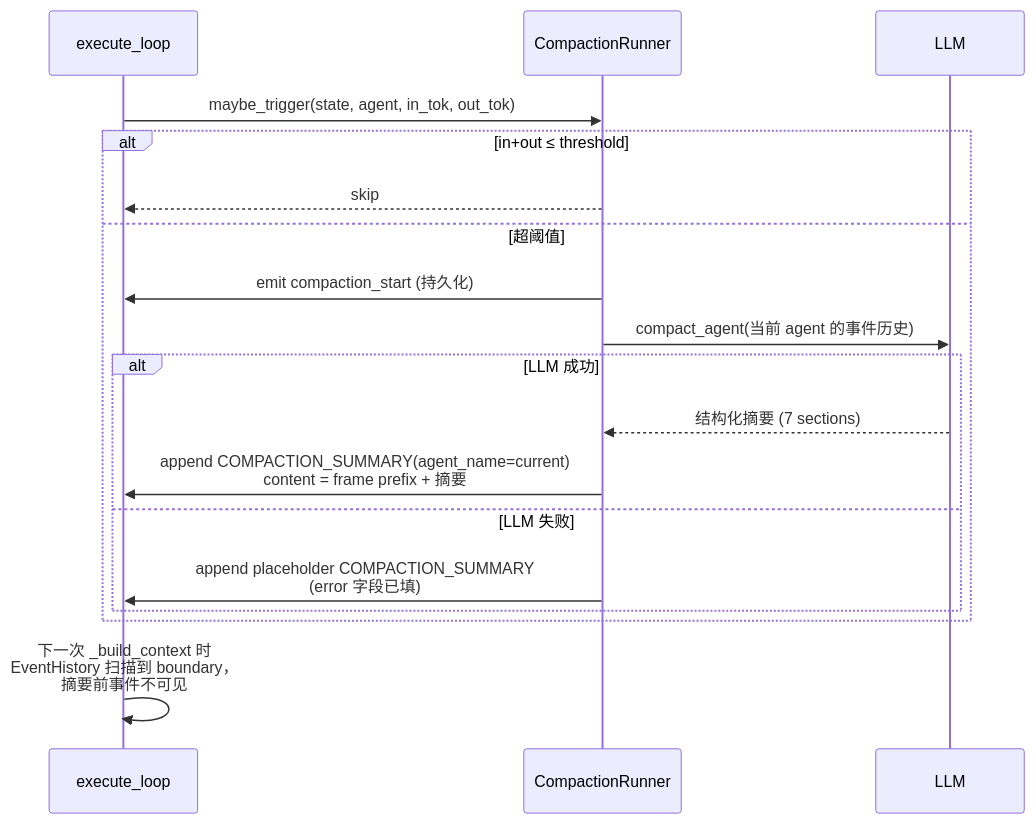
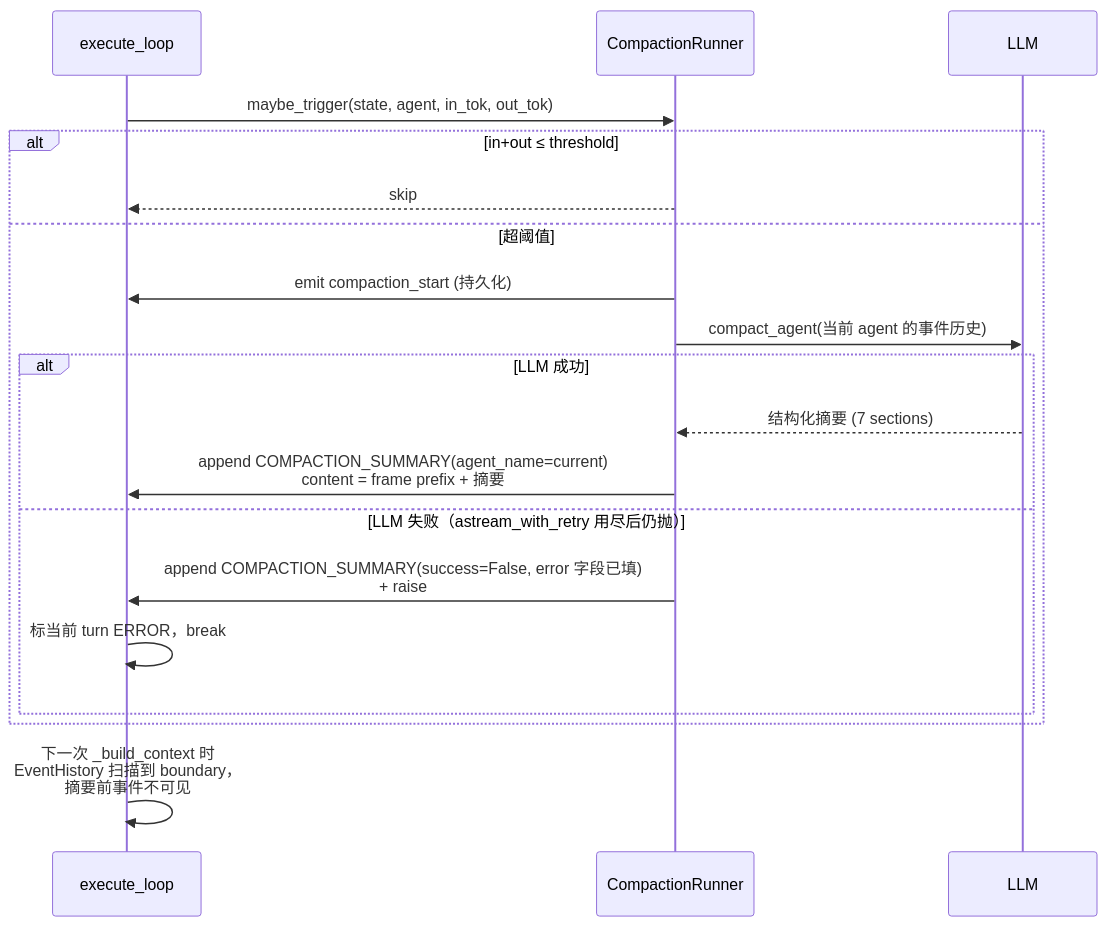
The third of 3 diagrams in docs/architecture/engine.md (Neutrino1998/artifact-flow), drawn with Mermaid before and after one commit. The commit also changed other lines of this file and 1 other file, not shown here.

Commit message:
docs: sync compaction failure semantics to loud-fail model
Update the three doc spots that still described the old placeholder-summary
fallback (engine.md mermaid + key-design bullet + EventHistory note, and
observability.md's COMPACTION_SUMMARY field table) to match eafe19b: failure
appends a success=False marker for replay/UI pairing then raises, engine
marks the turn ERROR, and EventHistory skips success=False summaries (no
boundary, no message).

Observability table now spells out success/error/content/token_usage/
duration_ms behavior under success=false, plus the success=true default
for legacy DB records (mirrors data.get("success", True) on the read side).

````diff
--- a/docs/architecture/engine.md
+++ b/docs/architecture/engine.md
@@ -186,21 +186,22 @@
 ```mermaid
 sequenceDiagram
     participant Engine as execute_loop
     participant Runner as CompactionRunner
     participant LLM
 
     Engine->>Runner: maybe_trigger(state, agent, in_tok, out_tok)
     alt in+out ≤ threshold
         Runner-->>Engine: skip
     else 超阈值
         Runner->>Engine: emit compaction_start (持久化)
         Runner->>LLM: compact_agent(当前 agent 的事件历史)
         alt LLM 成功
             LLM-->>Runner: 结构化摘要 (7 sections)
             Runner->>Engine: append COMPACTION_SUMMARY(agent_name=current)<br/>content = frame prefix + 摘要
-        else LLM 失败
-            Runner->>Engine: append placeholder COMPACTION_SUMMARY<br/>(error 字段已填)
+        else LLM 失败（astream_with_retry 用尽后仍抛）
+            Runner->>Engine: append COMPACTION_SUMMARY(success=False, error 字段已填)<br/>+ raise
+            Engine->>Engine: 标当前 turn ERROR，break
         end
     end
     Engine->>Engine: 下一次 _build_context 时<br/>EventHistory 扫描到 boundary，<br/>摘要前事件不可见
 ```
````
